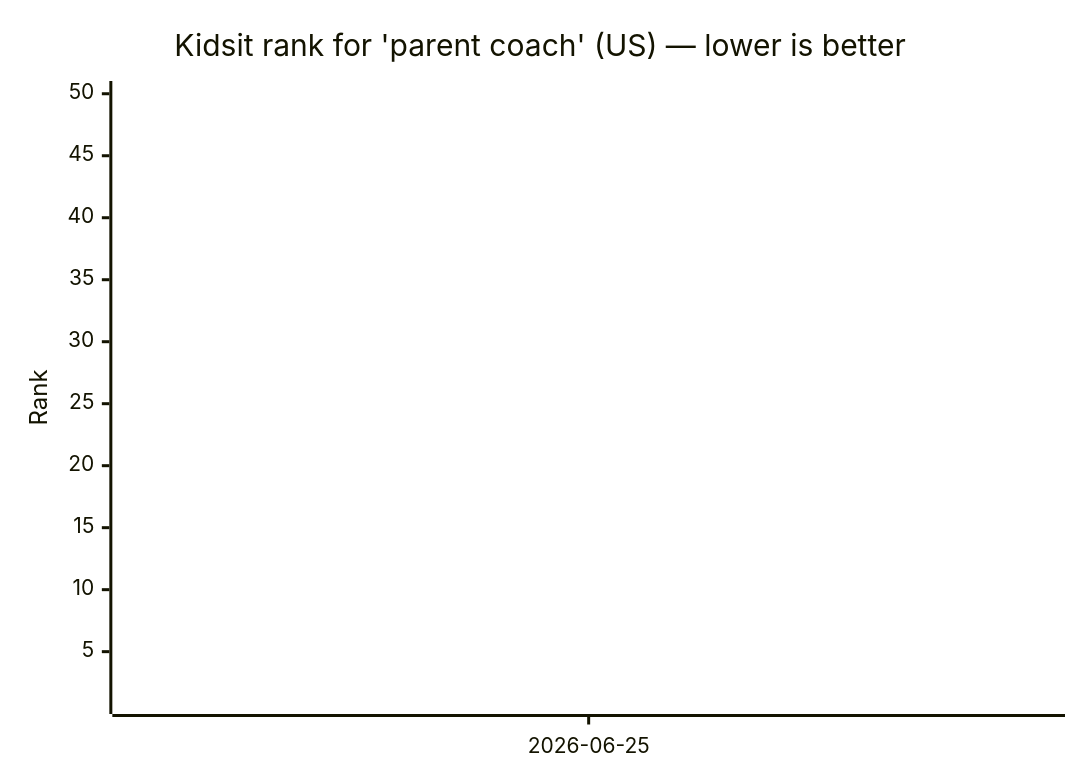
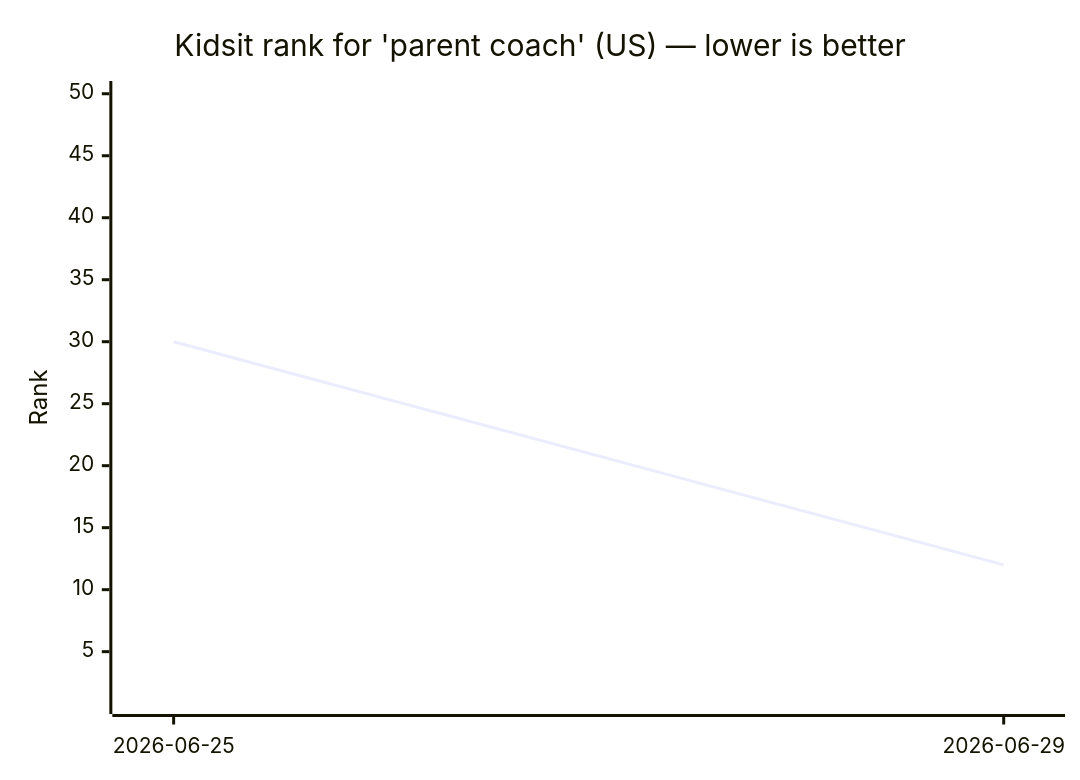
One commit to omer72/aso-tool changed the diagram in scout-log.md. Above: the diagram before and after it, drawn with Mermaid. The commit also changed other lines of this file, not shown here.

````diff
--- a/scout-log.md
+++ b/scout-log.md
@@ -6,7 +6,7 @@
 ```mermaid
 xychart-beta
     title "Kidsit rank for 'parent coach' (US) — lower is better"
-    x-axis ["2026-06-25"]
+    x-axis ["2026-06-25", "2026-06-29"]
     y-axis "Rank" 1 --> 50
-    line [30]
+    line [30, 12]
 ```
````
